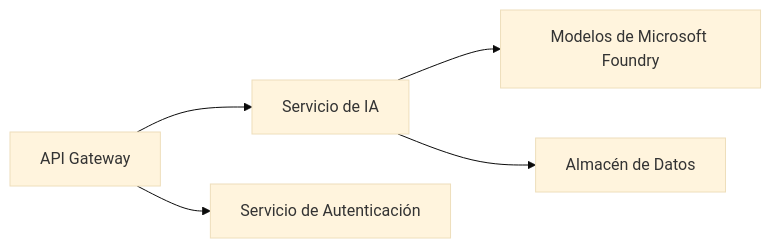
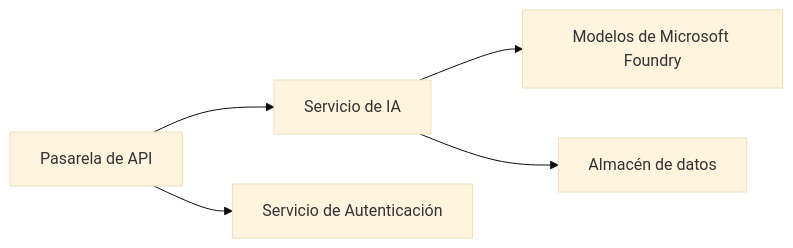
One commit to microsoft/AZD-for-beginners changed the first of 2 diagrams in translations/es/docs/chapter-08-production/README.md. Above: the diagram before and after it, drawn with Mermaid (base theme). The commit also changed other lines of this file and 99 other files, not shown here.

````diff
--- a/translations/es/docs/chapter-08-production/README.md
+++ b/translations/es/docs/chapter-08-production/README.md
@@ -46,6 +48,6 @@
 ```mermaid
 graph LR
-    Gateway[API Gateway] --> AI[Servicio de IA] --> Models[Modelos de Microsoft Foundry]
+    Gateway[Pasarela de API] --> AI[Servicio de IA] --> Models[Modelos de Microsoft Foundry]
     Gateway --> Auth[Servicio de Autenticación]
-    AI --> Data[Almacén de Datos]
+    AI --> Data[Almacén de datos]
 ```
````
